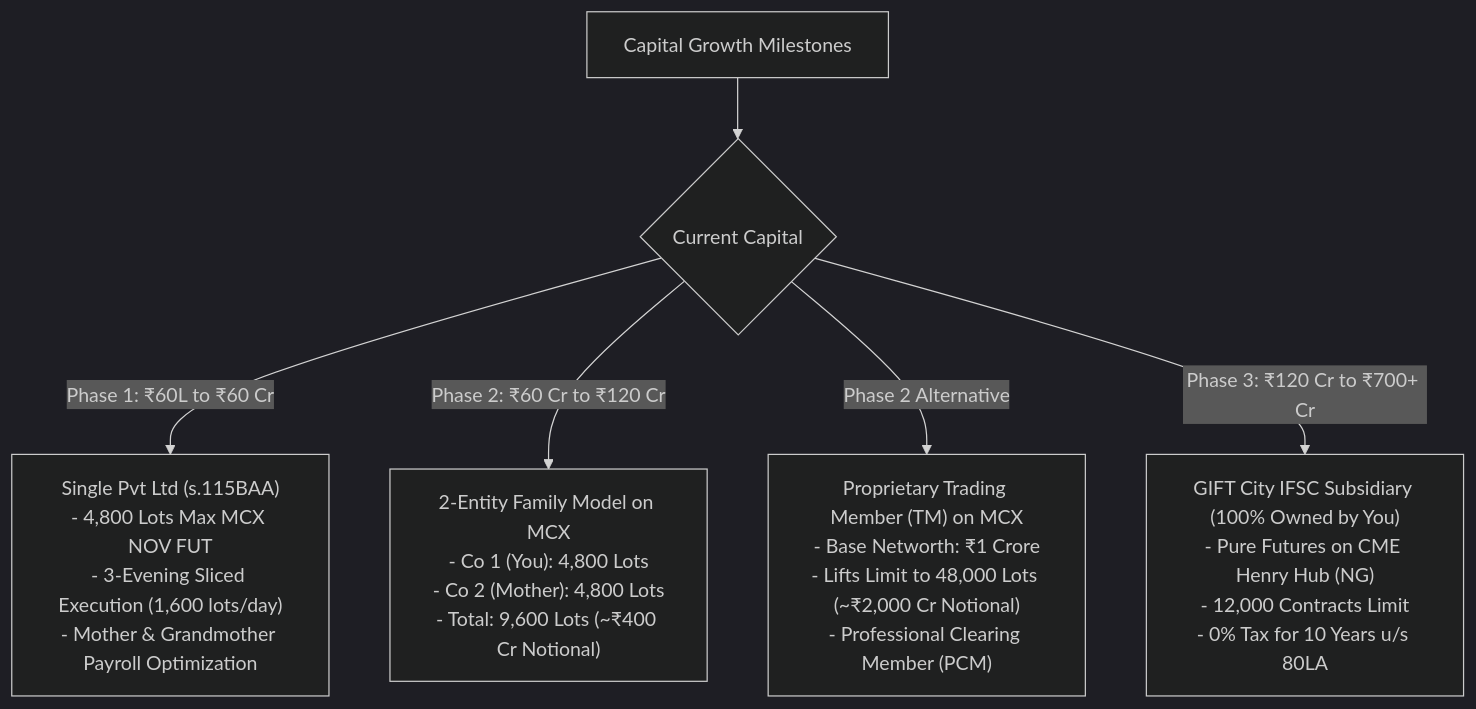
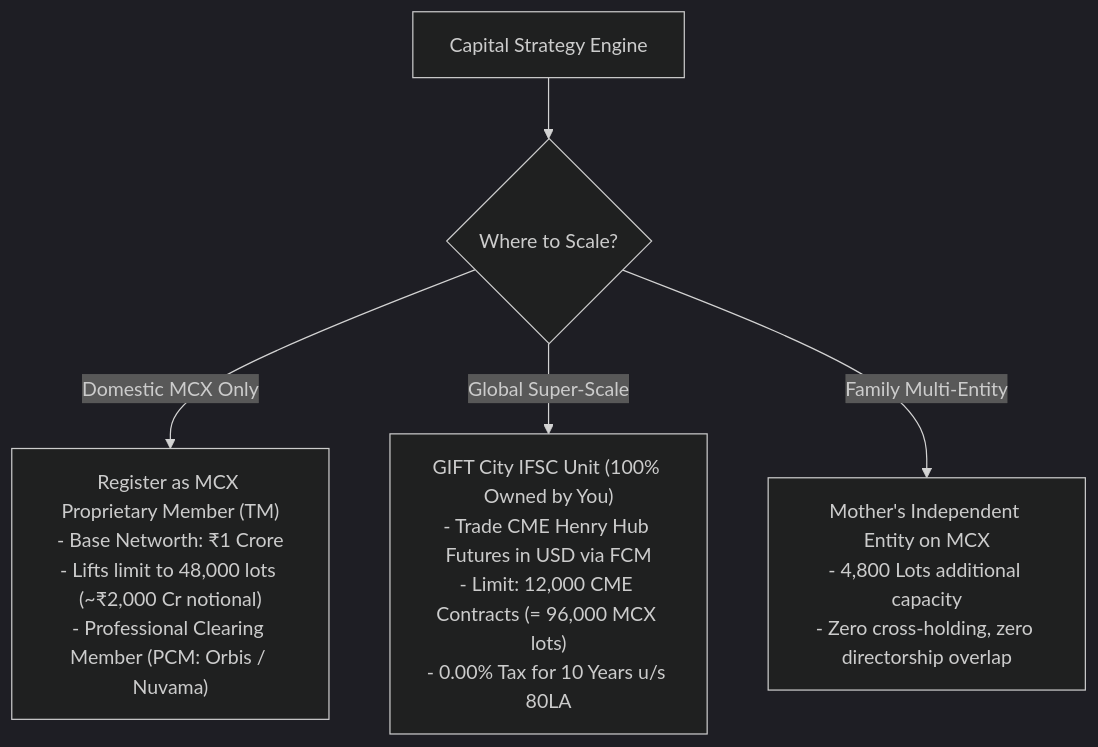
Before and after one commit to yieldchaser/mcx-margins: diagram 12 of 12 in models/execution_and_tax_validation_plan.md, drawn with Mermaid (dark theme). The commit also changed other lines of this file, not shown here.

Commit message:
docs(models): add MCX Proprietary TM requirements, CME Group onboarding, and scaling inflection points

````diff
--- a/models/execution_and_tax_validation_plan.md
+++ b/models/execution_and_tax_validation_plan.md
@@ -218,12 +276,10 @@
 ```mermaid
 graph TD
-    A["Capital Growth Milestones"] --> B{"Current Capital"}
+    Cap["Capital Strategy Engine"] --> Decision{"Where to Scale?"}
     
-    B -->|"Phase 1: ₹60L to ₹60 Cr"| C["Single Pvt Ltd (s.115BAA)\n- 4,800 Lots Max MCX NOV FUT\n- 3-Evening Sliced Execution (1,600 lots/day)\n- Mother & Grandmother Payroll Optimization"]
+    Decision -->|"Domestic MCX Only"| TM["Register as MCX Proprietary Member (TM)\n- Base Networth: ₹1 Crore\n- Lifts limit to 48,000 lots (~₹2,000 Cr notional)\n- Professional Clearing Member (PCM: Orbis / Nuvama)"]
     
-    B -->|"Phase 2: ₹60 Cr to ₹120 Cr"| D["2-Entity Family Model on MCX\n- Co 1 (You): 4,800 Lots\n- Co 2 (Mother): 4,800 Lots\n- Total: 9,600 Lots (~₹400 Cr Notional)"]
+    Decision -->|"Global Super-Scale"| CME["GIFT City IFSC Unit (100% Owned by You)\n- Trade CME Henry Hub Futures in USD via FCM\n- Limit: 12,000 CME Contracts (= 96,000 MCX lots)\n- 0.00% Tax for 10 Years u/s 80LA"]
     
-    B -->|"Phase 2 Alternative"| E["Proprietary Trading Member (TM) on MCX\n- Base Networth: ₹1 Crore\n- Lifts Limit to 48,000 Lots (~₹2,000 Cr Notional)\n- Professional Clearing Member (PCM)"]
-    
-    B -->|"Phase 3: ₹120 Cr to ₹700+ Cr"| F["GIFT City IFSC Subsidiary (100% Owned by You)\n- Pure Futures on CME Henry Hub (NG)\n- 12,000 Contracts Limit\n- 0% Tax for 10 Years u/s 80LA"]
+    Decision -->|"Family Multi-Entity"| Fam["Mother's Independent Entity on MCX\n- 4,800 Lots additional capacity\n- Zero cross-holding, zero directorship overlap"]
 ```
````
